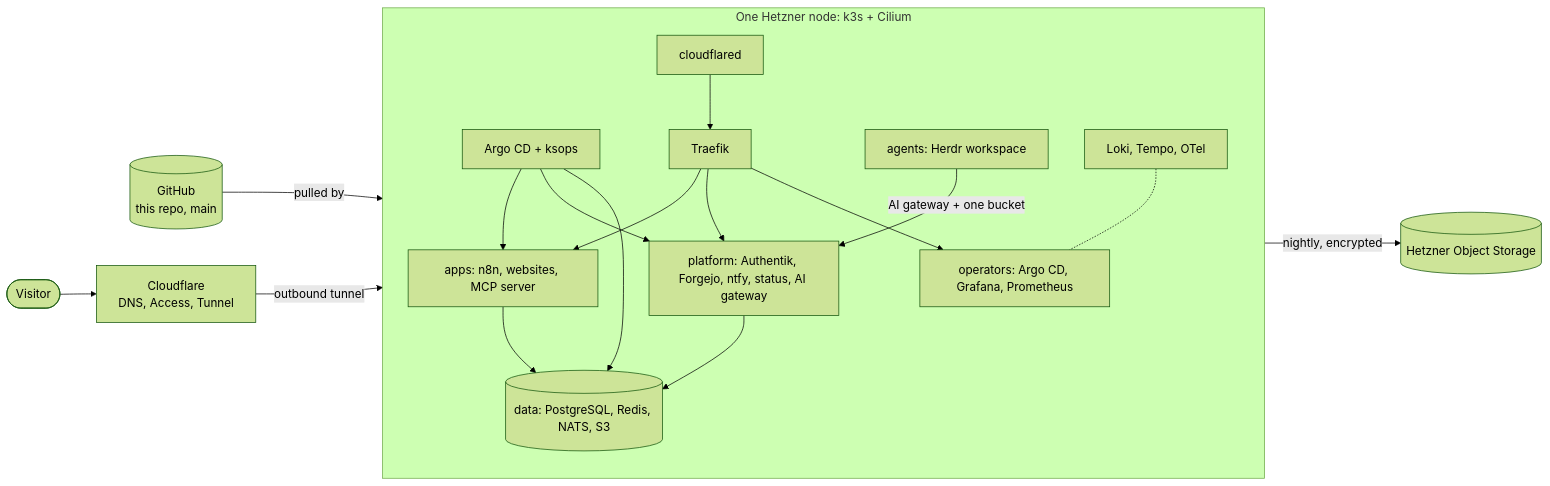
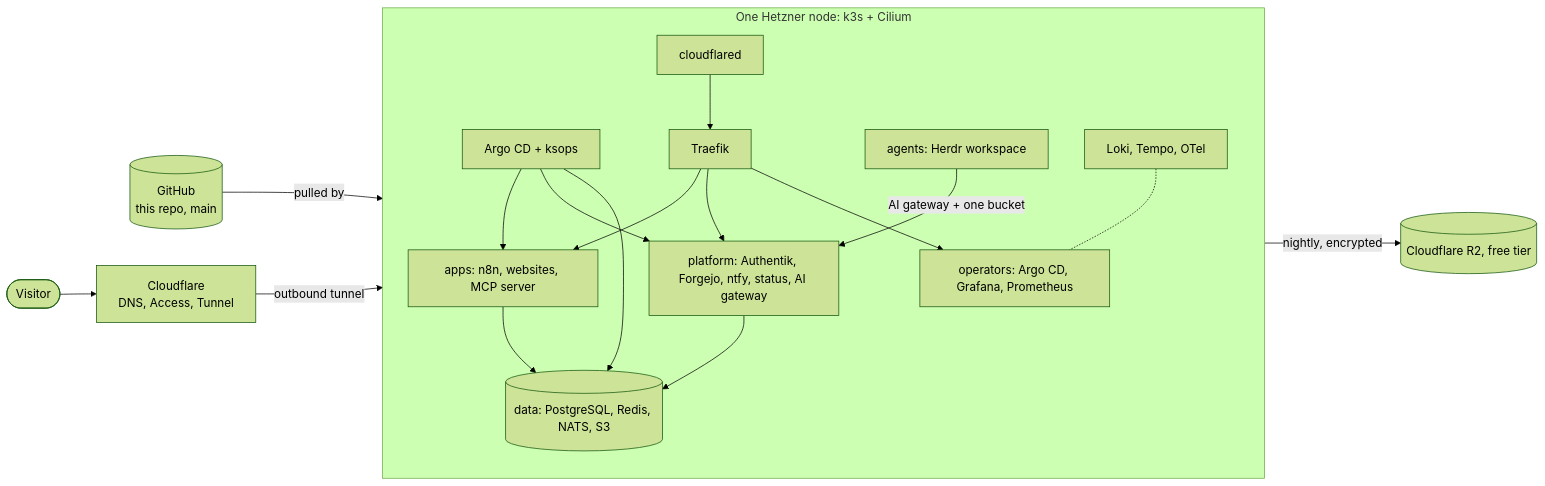
The diagram in README.md (Max-imalgutaussehend/aevia), drawn with Mermaid (forest theme) before and after one commit. The commit also changed other lines of this file and 16 other files, not shown here.

First line of the commit message:
storage: move backups and tofu state to Cloudflare R2 free tier, with usage guard

````diff
--- a/README.md
+++ b/README.md
@@ -28,19 +28,19 @@
 ```mermaid
 flowchart LR
   user([Visitor]) --> cf[Cloudflare<br/>DNS, Access, Tunnel]
   gh[(GitHub<br/>this repo, main)] -->|pulled by| argo
   subgraph node[One Hetzner node: k3s + Cilium]
     direction TB
     cfd[cloudflared] --> traefik[Traefik]
     traefik --> apps[apps: n8n, websites, MCP server]
     traefik --> plat[platform: Authentik, Forgejo, ntfy, status, AI gateway]
     traefik --> ops[operators: Argo CD, Grafana, Prometheus]
     apps --> data[(data: PostgreSQL, Redis, NATS, S3)]
     plat --> data
     agents[agents: Herdr workspace] -->|AI gateway + one bucket| plat
     argo[Argo CD + ksops] --> apps & plat & data
     obs[Loki, Tempo, OTel] -.- ops
   end
   cf -->|outbound tunnel| cfd
-  data -->|nightly, encrypted| bucket[(Hetzner Object Storage)]
+  data -->|nightly, encrypted| bucket[(Cloudflare R2, free tier)]
 ```
````
